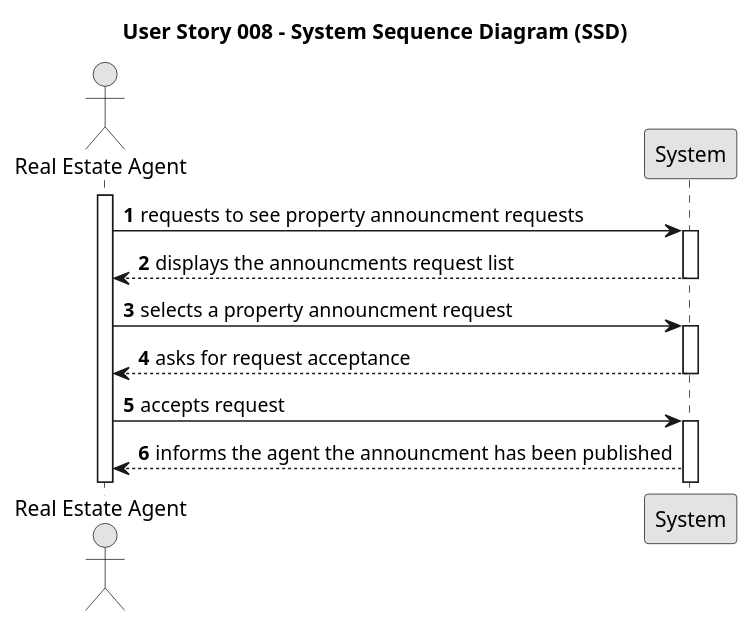
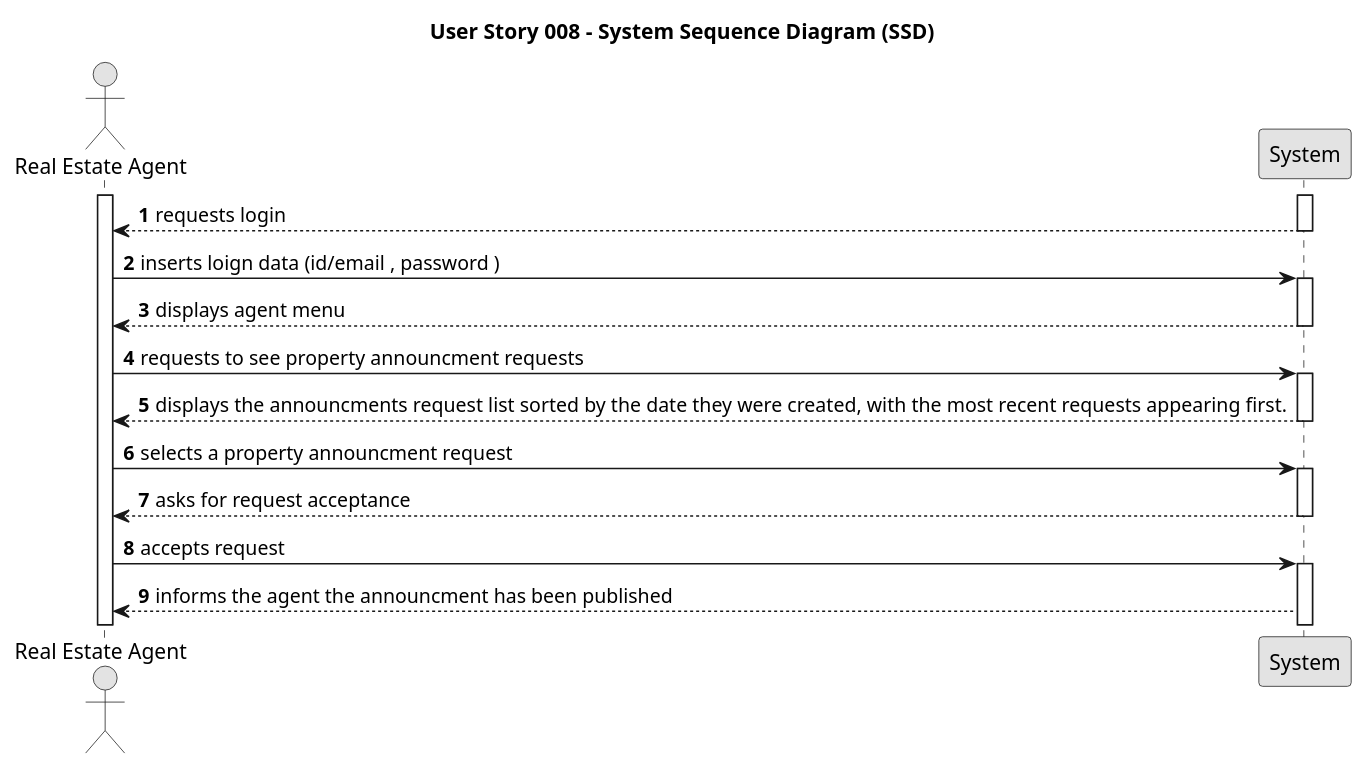
One commit to Rodrick0209/ISEP-LAPR2-22-23 changed the diagram in docs/Sprint-C/US008/01.requirements-engineering/puml/us008-system-sequence-diagram-alternative-one.puml. Above: the diagram before and after it, drawn with PlantUML. The commit also changed 11 other files, not shown here.

```diff
--- a/docs/Sprint-C/US008/01.requirements-engineering/puml/us008-system-sequence-diagram-alternative-one.puml
+++ b/docs/Sprint-C/US008/01.requirements-engineering/puml/us008-system-sequence-diagram-alternative-one.puml
@@ -1,50 +1,61 @@
 @startuml
 skinparam monochrome true
 skinparam packageStyle rectangle
 skinparam shadowing false
 
 title User Story 008 - System Sequence Diagram (SSD)
 
 
 autonumber
 
 
 
 actor "Real Estate Agent" as Agent
 participant "System" as System
 
 
 
 activate Agent
+activate System
+
+System --> Agent : requests login
+deactivate System
+Agent -> System : inserts loign data (id/email , password )
+activate System
+
+System --> Agent: displays agent menu
+deactivate
 
 Agent -> System : requests to see property announcment requests
 
+
+
+
 activate System
-
-    System --> Agent: displays the announcments request list
+    System --> Agent: displays the announcments request list sorted by the date they were created, with the most recent requests appearing first.
     deactivate System
 
 
     Agent -> System : selects a property announcment request
 
     activate System
 
     System--> Agent: asks for request acceptance
      deactivate System
    Agent-> System: accepts request
 
    activate System
 System --> Agent : informs the agent the announcment has been published
 
 
 
 
 
 
 
 
 
 
 
 
 @enduml
```
